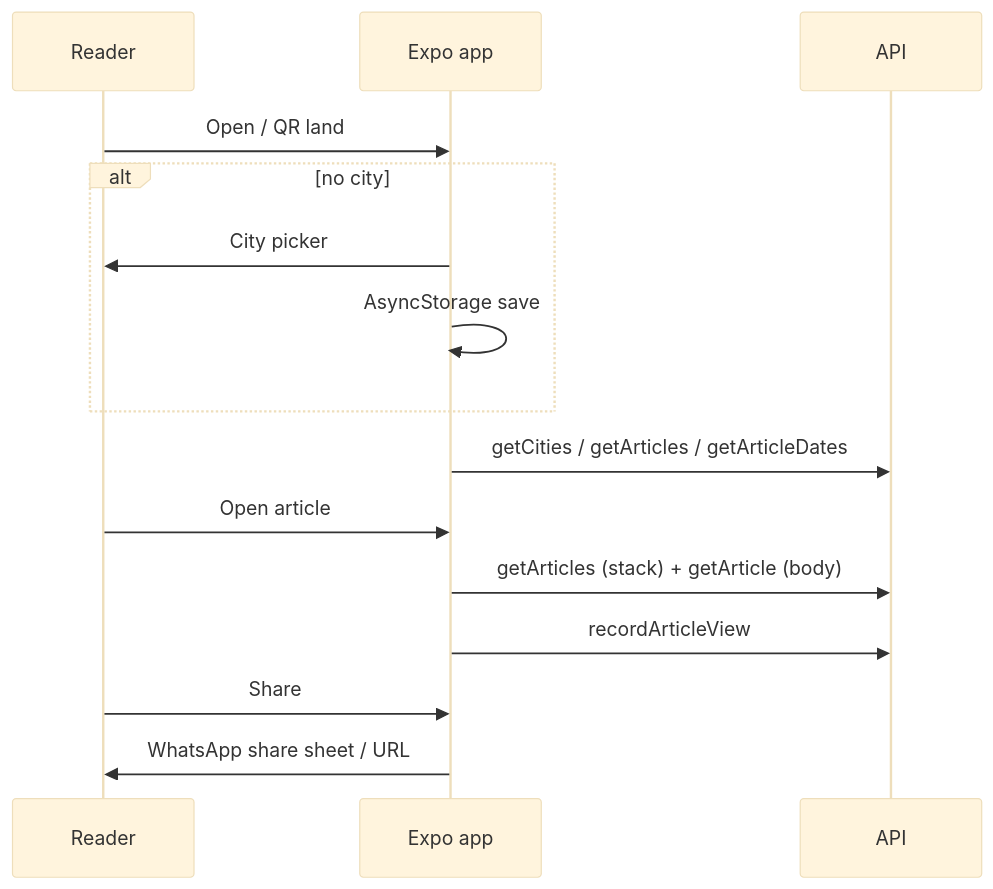
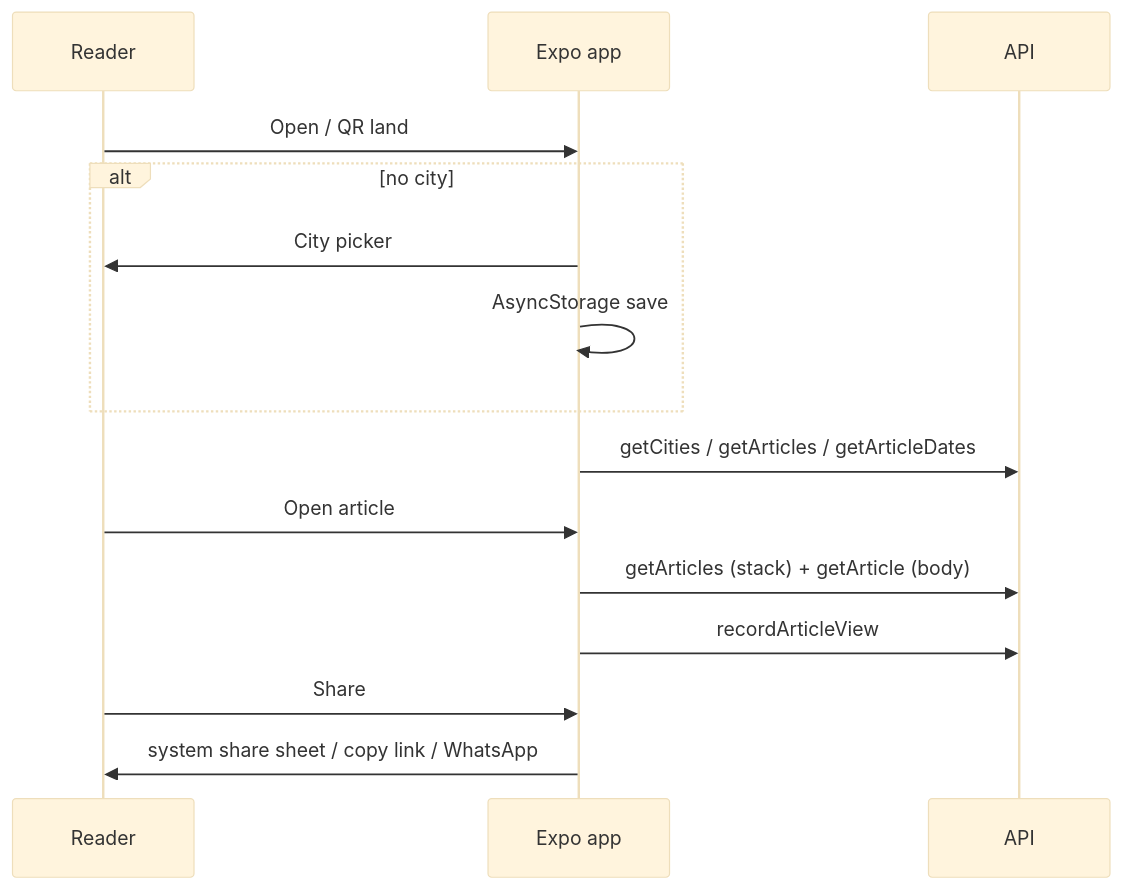
Before and after one commit to sshivanshg/TAZAkhabar: the second of 2 diagrams in docs/architecture/06-reader-app.md, drawn with Mermaid (base theme). The commit also changed other lines of this file and 26 other files, not shown here.

````diff
--- a/docs/architecture/06-reader-app.md
+++ b/docs/architecture/06-reader-app.md
@@ -72,17 +72,17 @@
 ```mermaid
 sequenceDiagram
   participant U as Reader
   participant App as Expo app
   participant API as API
   U->>App: Open / QR land
   alt no city
     App->>U: City picker
     App->>App: AsyncStorage save
   end
   App->>API: getCities / getArticles / getArticleDates
   U->>App: Open article
   App->>API: getArticles (stack) + getArticle (body)
   App->>API: recordArticleView
   U->>App: Share
-  App->>U: WhatsApp share sheet / URL
+  App->>U: system share sheet / copy link / WhatsApp
 ```
````
